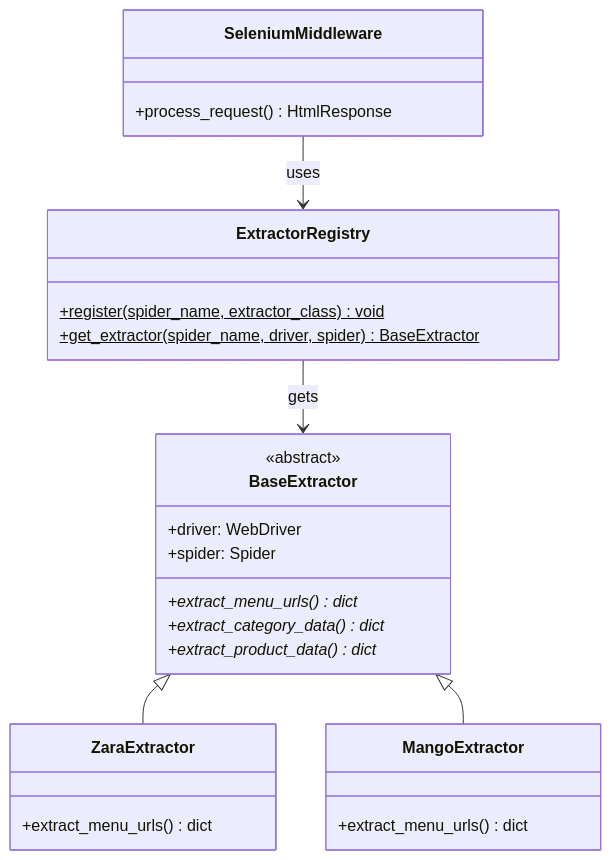
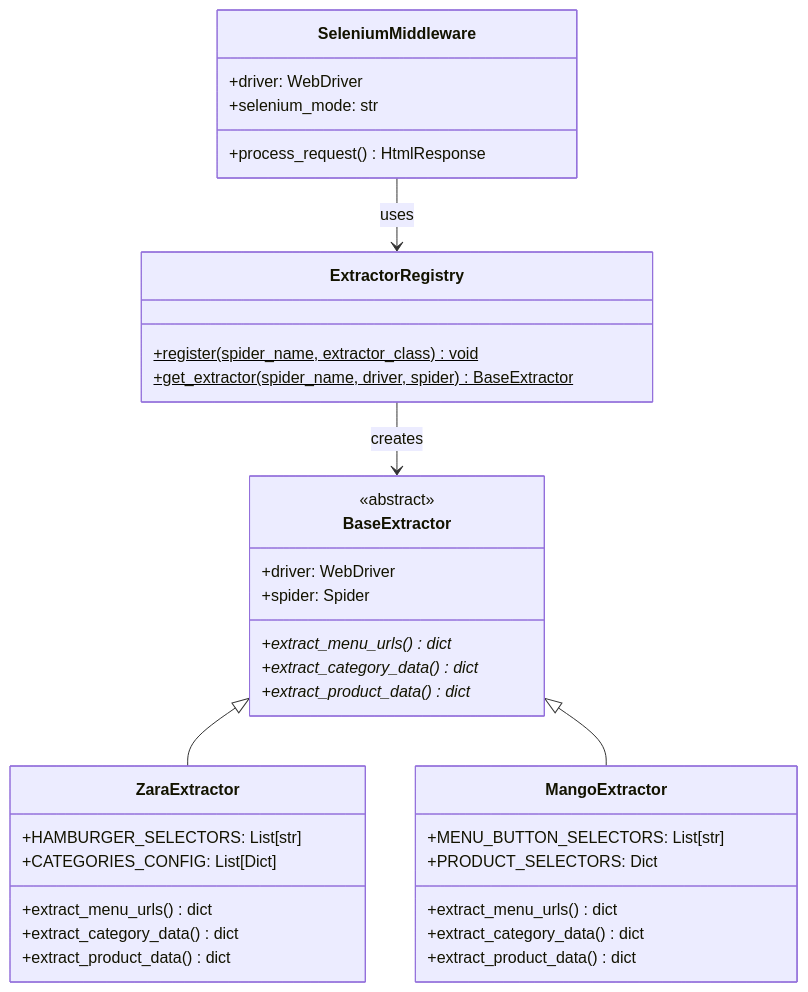
Before and after one commit to Erik172/stylos-scrapers: the second of 4 diagrams in README.md, drawn with Mermaid. The commit also changed other lines of this file and 12 other files, not shown here.

````diff
--- a/README.md
+++ b/README.md
@@ -715,28 +125,38 @@
 ```mermaid
 classDiagram
     class BaseExtractor {
         <<abstract>>
         +driver: WebDriver
         +spider: Spider
         +extract_menu_urls()* dict
         +extract_category_data()* dict
         +extract_product_data()* dict
     }
     class ExtractorRegistry {
         +register(spider_name, extractor_class)$ void
         +get_extractor(spider_name, driver, spider)$ BaseExtractor
     }
     class ZaraExtractor {
+        +HAMBURGER_SELECTORS: List[str]
+        +CATEGORIES_CONFIG: List[Dict]
         +extract_menu_urls() dict
+        +extract_category_data() dict
+        +extract_product_data() dict
     }
     class MangoExtractor {
+        +MENU_BUTTON_SELECTORS: List[str]  
+        +PRODUCT_SELECTORS: Dict
         +extract_menu_urls() dict
+        +extract_category_data() dict
+        +extract_product_data() dict
     }
     class SeleniumMiddleware {
+        +driver: WebDriver
+        +selenium_mode: str
         +process_request() HtmlResponse
     }
     BaseExtractor <|-- ZaraExtractor
     BaseExtractor <|-- MangoExtractor
-    ExtractorRegistry --> BaseExtractor : gets
+    ExtractorRegistry --> BaseExtractor : creates
     SeleniumMiddleware --> ExtractorRegistry : uses
 ```
````
